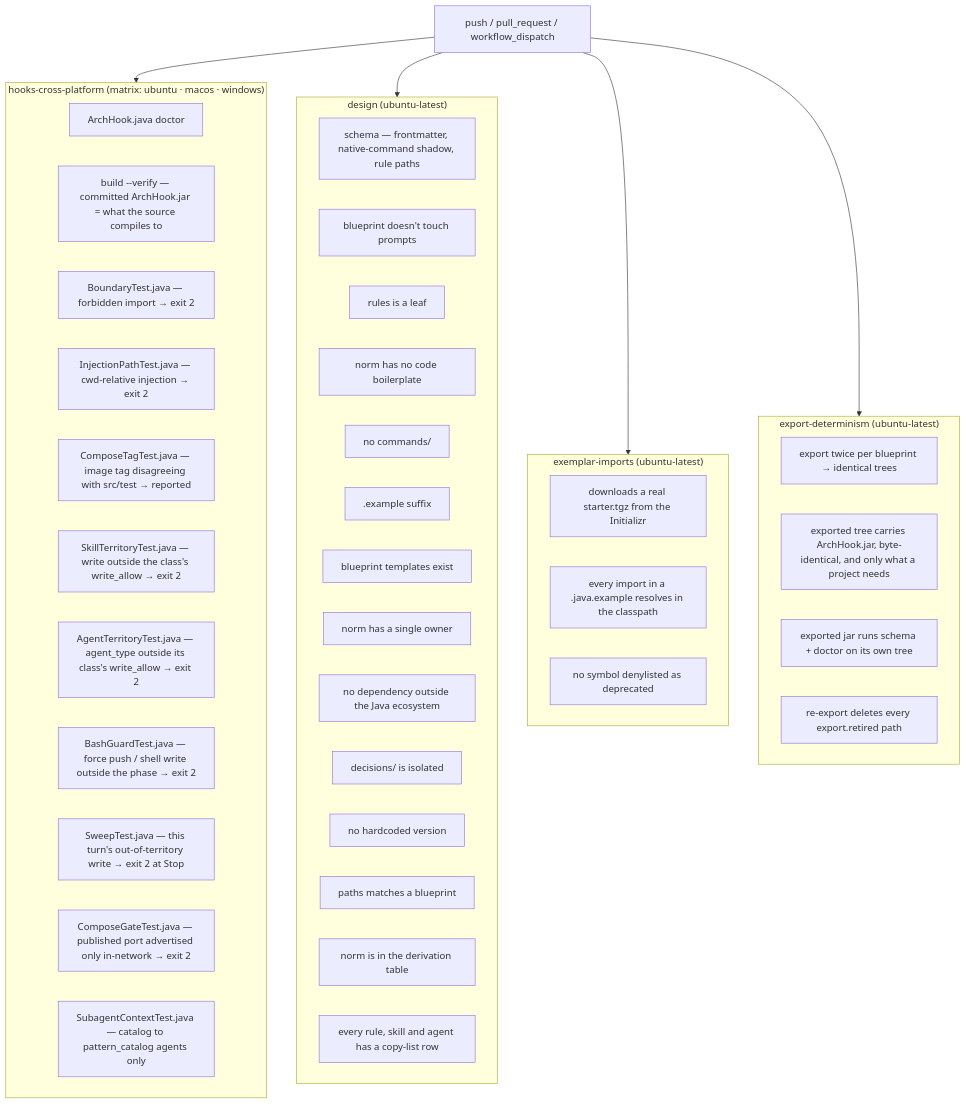
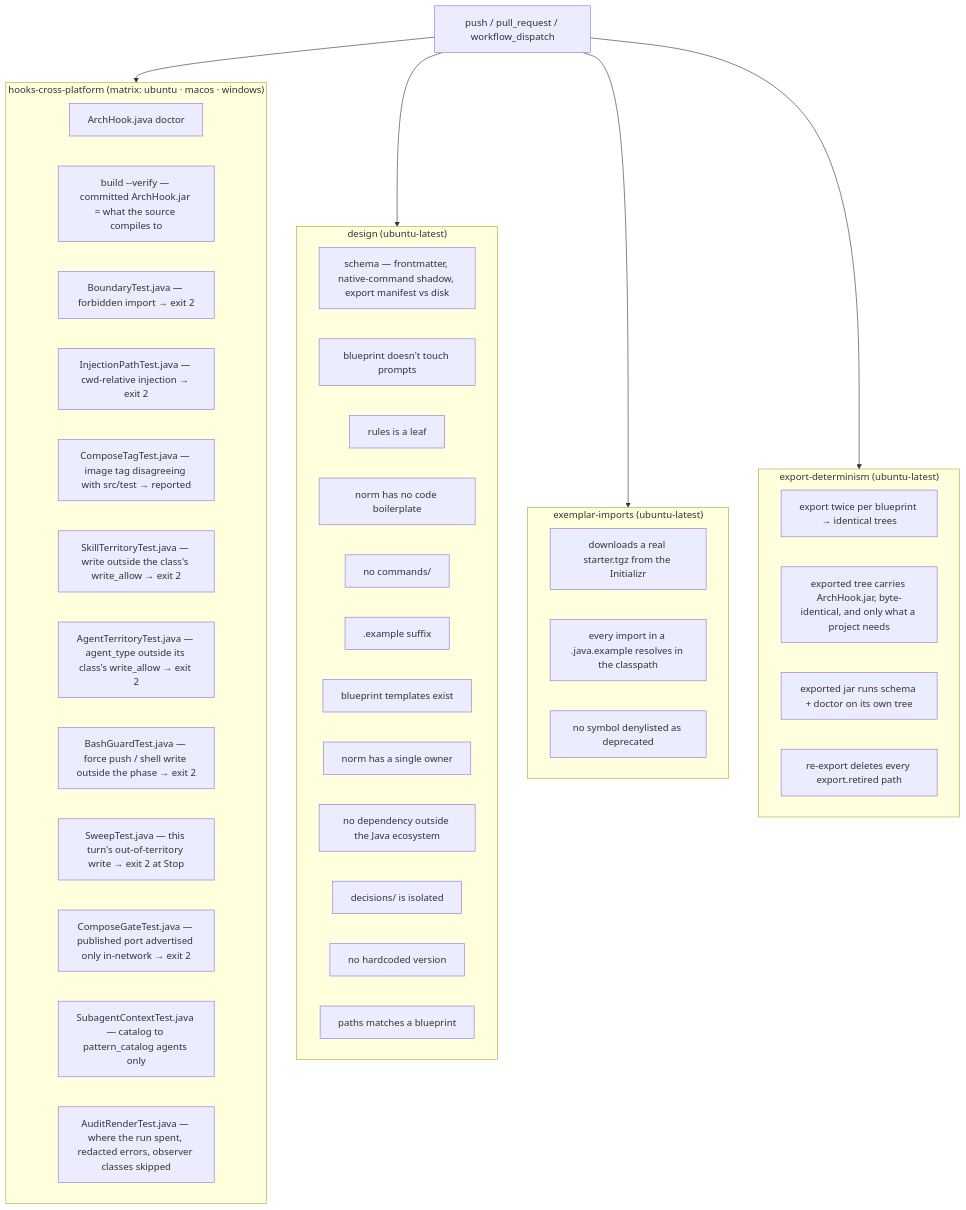
The diagram in docs/en/07-ci-validate.md (ice-lfernandes/claude-spring-architect), drawn with Mermaid before and after one commit. The commit also changed other lines of this file and 29 other files, not shown here.

````diff
--- a/docs/en/07-ci-validate.md
+++ b/docs/en/07-ci-validate.md
@@ -17,51 +17,50 @@
 ```mermaid
 flowchart TD
     T[push / pull_request / workflow_dispatch] --> J1
     T --> J2
     T --> J3
     T --> J4
 
     subgraph J1["hooks-cross-platform (matrix: ubuntu · macos · windows)"]
         H1[ArchHook.java doctor]
         H0[build --verify — committed ArchHook.jar = what the source compiles to]
         H2[BoundaryTest.java — forbidden import → exit 2]
         H3[InjectionPathTest.java — cwd-relative injection → exit 2]
         H4[ComposeTagTest.java — image tag disagreeing with src/test → reported]
         H5[SkillTerritoryTest.java — write outside the class's write_allow → exit 2]
         H6[AgentTerritoryTest.java — agent_type outside its class's write_allow → exit 2]
         H7[BashGuardTest.java — force push / shell write outside the phase → exit 2]
         H8[SweepTest.java — this turn's out-of-territory write → exit 2 at Stop]
         H9[ComposeGateTest.java — published port advertised only in-network → exit 2]
         H10[SubagentContextTest.java — catalog to pattern_catalog agents only]
+        H11[AuditRenderTest.java — where the run spent, redacted errors, observer classes skipped]
     end
 
     subgraph J2["design (ubuntu-latest)"]
-        D1[schema — frontmatter, native-command shadow, rule paths]
+        D1[schema — frontmatter, native-command shadow, export manifest vs disk]
         D4[blueprint doesn't touch prompts]
         D5[rules is a leaf]
         D6[norm has no code boilerplate]
         D7[no commands/]
         D8[.example suffix]
         D9[blueprint templates exist]
         D10[norm has a single owner]
         D11[no dependency outside the Java ecosystem]
         D12[decisions/ is isolated]
         D13[no hardcoded version]
         D14[paths matches a blueprint]
-        D15[norm is in the derivation table]
-        D16[every rule, skill and agent has a copy-list row]
     end
 
     subgraph J3["exemplar-imports (ubuntu-latest)"]
         E1[downloads a real starter.tgz from the Initializr]
         E2[every import in a .java.example resolves in the classpath]
         E3[no symbol denylisted as deprecated]
     end
 
     subgraph J4["export-determinism (ubuntu-latest)"]
         X1[export twice per blueprint → identical trees]
         X2[exported tree carries ArchHook.jar, byte-identical, and only what a project needs]
         X3[exported jar runs schema + doctor on its own tree]
         X4[re-export deletes every export.retired path]
     end
 ```
````
